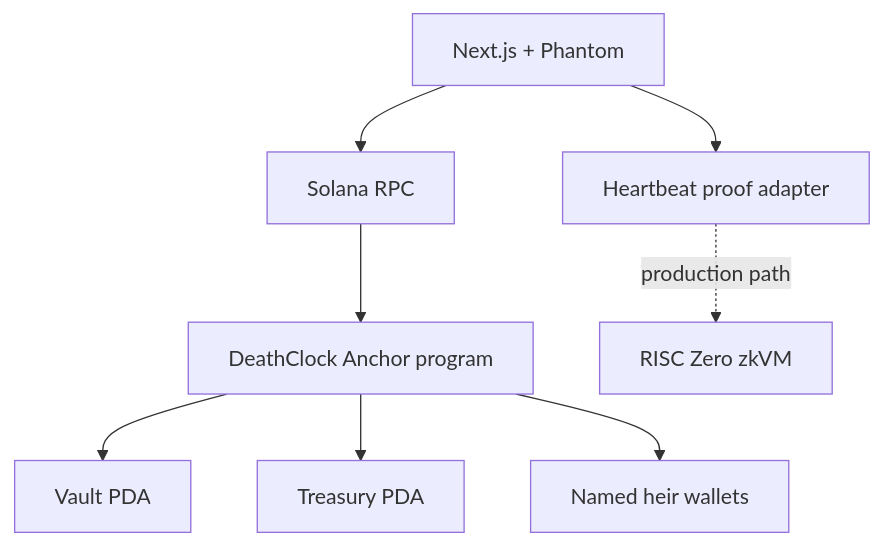
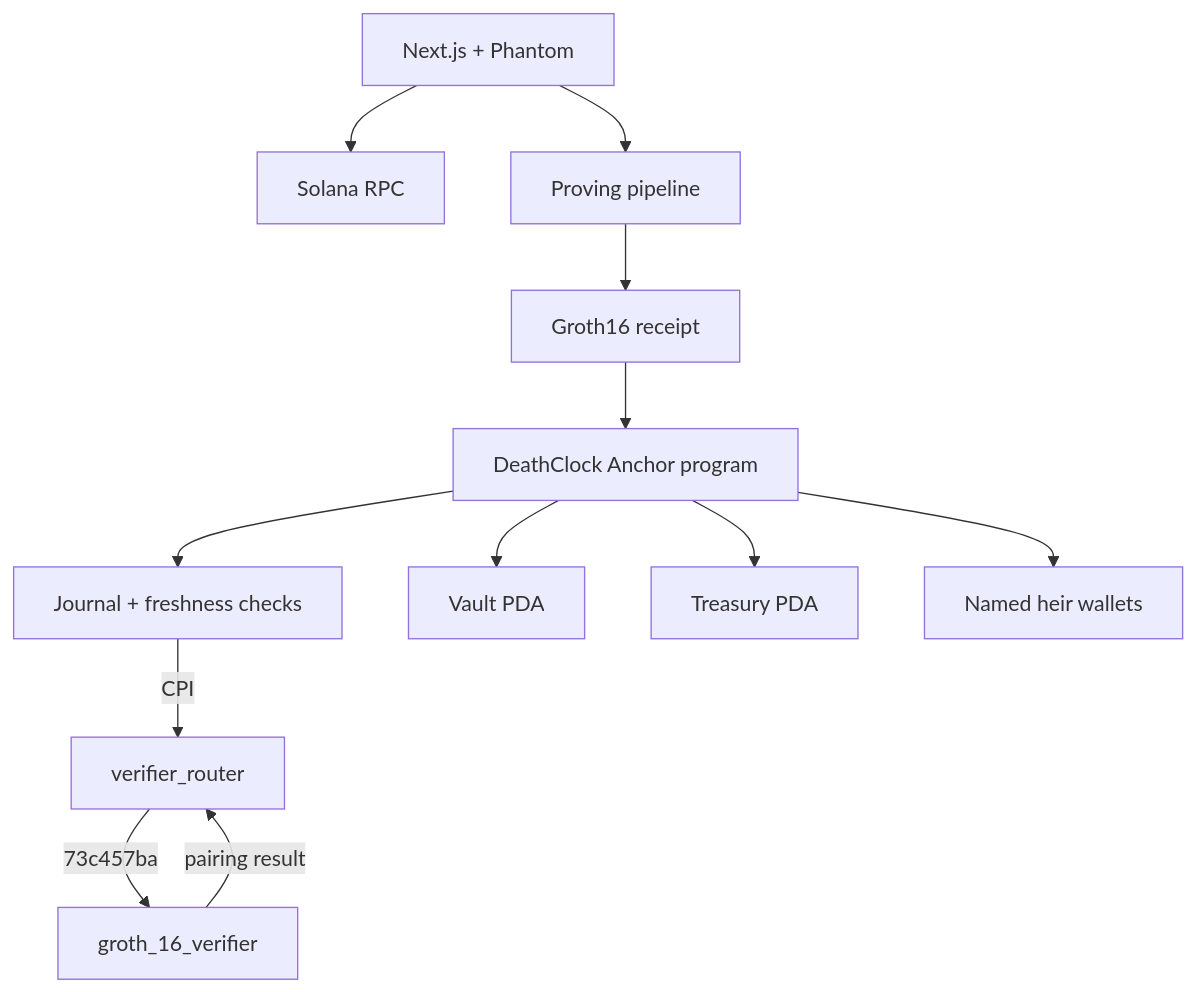
One commit to HusseinAdeiza/sanitova-credits changed the second of 2 diagrams in deathclock/README.md. Above: the diagram before and after it, drawn with Mermaid. The commit also changed other lines of this file and 2 other files, not shown here.

````diff
--- a/deathclock/README.md
+++ b/deathclock/README.md
@@ -24,10 +48,14 @@
 ```mermaid
 flowchart TB
   UI[Next.js + Phantom] --> RPC[Solana RPC]
-  UI --> PROOF[Heartbeat proof adapter]
-  RPC --> PROGRAM[DeathClock Anchor program]
+  UI --> PROVER[Proving pipeline]
+  PROVER --> SEAL[Groth16 receipt]
+  SEAL --> PROGRAM[DeathClock Anchor program]
+  PROGRAM --> VALIDATE[Journal + freshness checks]
+  VALIDATE -->|CPI| ROUTER[verifier_router]
+  ROUTER -->|73c457ba| GROTH[groth_16_verifier]
+  GROTH -->|pairing result| ROUTER
   PROGRAM --> VAULT[Vault PDA]
   PROGRAM --> TREASURY[Treasury PDA]
   PROGRAM --> HEIRS[Named heir wallets]
-  PROOF -. production path .-> RZ[RISC Zero zkVM]
 ```
````
